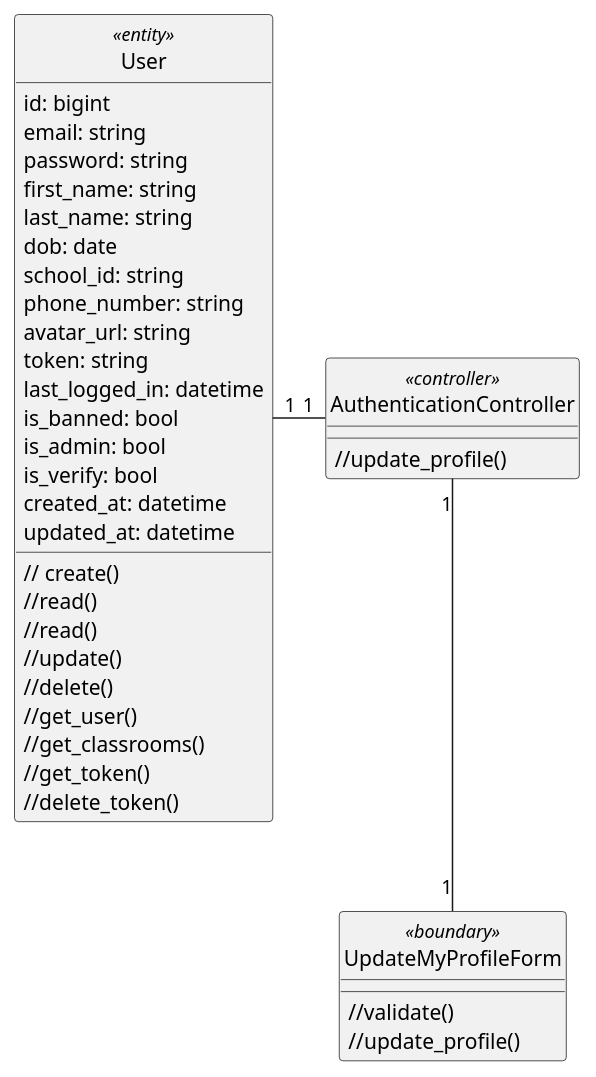
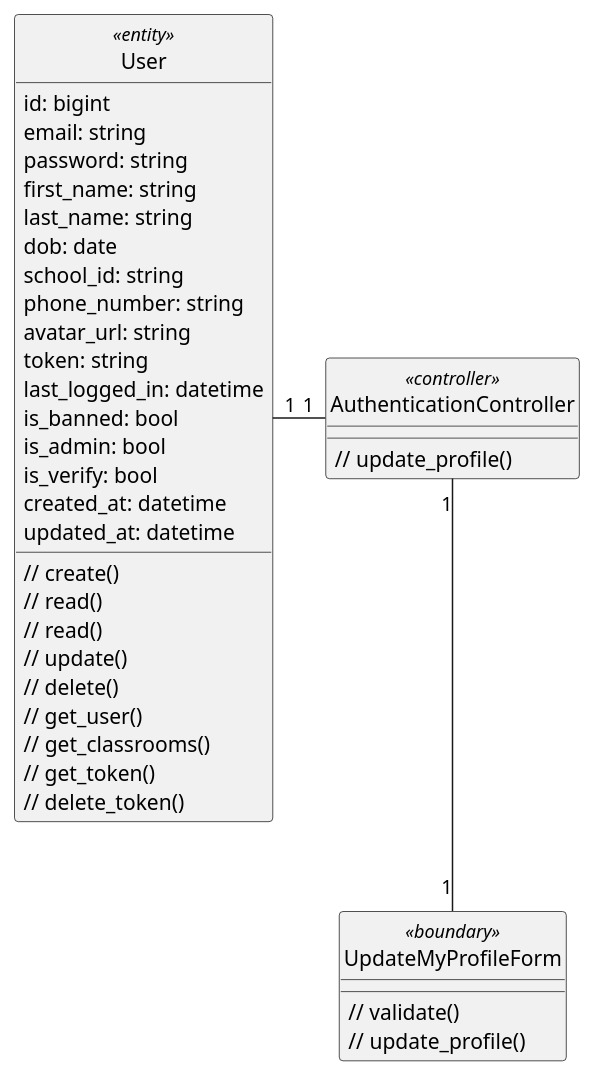
One commit to anonyhostvn/OOAD-Diagram changed the diagram in class - analysis/authentication/updateMyProfile.plantuml. Above: the diagram before and after it, drawn with PlantUML. The commit also changed 9 other files, not shown here.

Commit message:
authentication Class diagram update2

```diff
--- a/class - analysis/authentication/updateMyProfile.plantuml
+++ b/class - analysis/authentication/updateMyProfile.plantuml
@@ -1,50 +1,50 @@
 @startuml login
 
 class User <<entity>> {
     id: bigint
     email: string
     password: string
     first_name: string
     last_name: string
     dob: date
     school_id: string
     phone_number: string
     avatar_url: string
     token: string
     last_logged_in: datetime
     is_banned: bool
     is_admin: bool
     is_verify: bool
     created_at: datetime
     updated_at: datetime
 
     // create()
-    //read()
-    //read()
-    //update()
-    //delete()
-    //get_user()
-    //get_classrooms()
-    //get_token()
-    //delete_token()
+    // read()
+    // read()
+    // update()
+    // delete()
+    // get_user()
+    // get_classrooms()
+    // get_token()
+    // delete_token()
 }
 
 class UpdateMyProfileForm <<boundary>> {
-    //validate()
-    //update_profile()
+    // validate()
+    // update_profile()
 }
 
 class AuthenticationController <<controller>> {
-    //update_profile()
+    // update_profile()
 }
 
 hide User <<entity>> circle
 hide UpdateMyProfileForm <<boundary>> circle
 hide AuthenticationController <<controller>> circle
 
 AuthenticationController "1" -left- "1" User
 AuthenticationController "1" -down- "1" UpdateMyProfileForm
 
 
 
 @enduml
```
